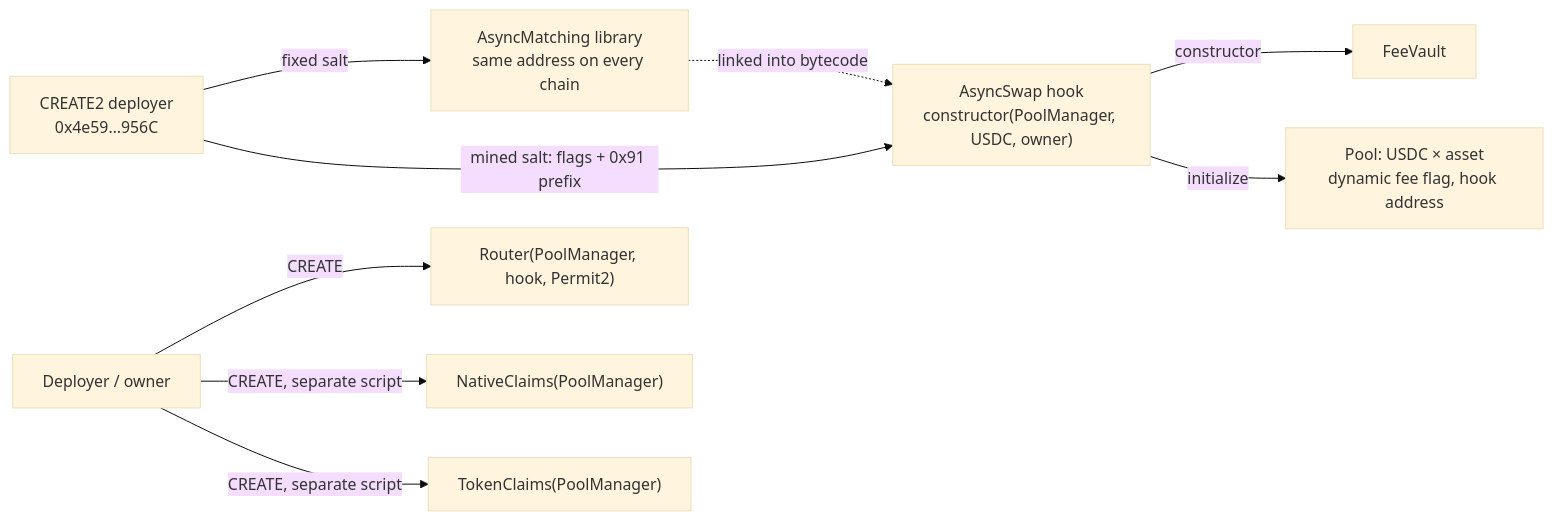
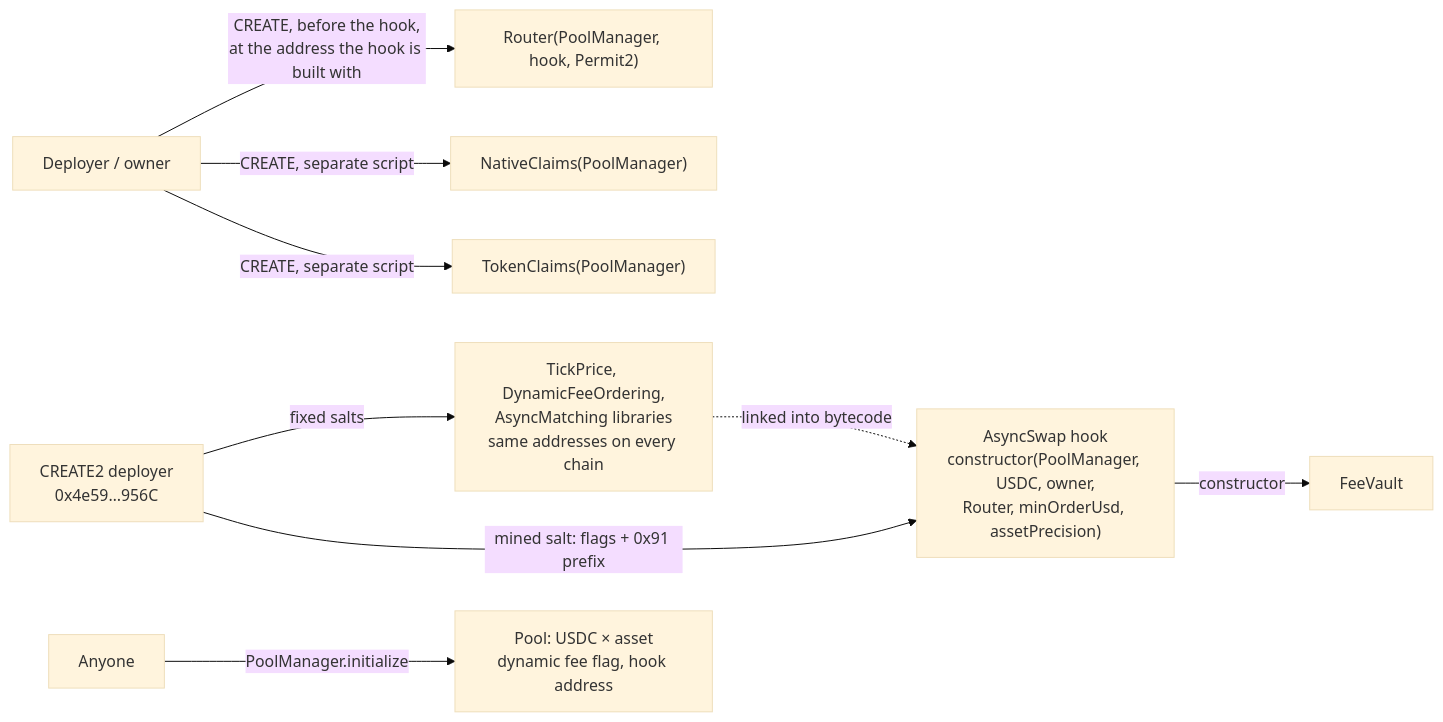
One commit to asyncswap/contracts changed the fifth of 5 diagrams in docs/protocol.md. Above: the diagram before and after it, drawn with Mermaid (base theme). The commit also changed other lines of this file and 43 other files, not shown here.

````diff
--- a/docs/protocol.md
+++ b/docs/protocol.md
@@ -261,11 +304,11 @@
 ```mermaid
 flowchart LR
-    D["CREATE2 deployer<br/>0x4e59…956C"] -->|fixed salt| Lib["AsyncMatching library<br/>same address on every chain"]
-    D -->|mined salt: flags + 0x91 prefix| Hook["AsyncSwap hook<br/>constructor(PoolManager, USDC, owner)"]
+    D["CREATE2 deployer<br/>0x4e59…956C"] -->|fixed salts| Lib["TickPrice, DynamicFeeOrdering,<br/>AsyncMatching libraries<br/>same addresses on every chain"]
+    D -->|mined salt: flags + 0x91 prefix| Hook["AsyncSwap hook<br/>constructor(PoolManager, USDC, owner,<br/>Router, minOrderUsd, assetPrecision)"]
     Hook -->|constructor| Vault["FeeVault"]
-    Owner["Deployer / owner"] -->|CREATE| Router["Router(PoolManager, hook, Permit2)"]
+    Owner["Deployer / owner"] -->|CREATE, before the hook,<br/>at the address the hook is built with| Router["Router(PoolManager, hook, Permit2)"]
     Lib -.->|linked into bytecode| Hook
     Owner -->|CREATE, separate script| NC["NativeClaims(PoolManager)"]
     Owner -->|CREATE, separate script| TC["TokenClaims(PoolManager)"]
-    Hook -->|initialize| Pool["Pool: USDC × asset<br/>dynamic fee flag, hook address"]
+    Anyone["Anyone"] -->|PoolManager.initialize| Pool["Pool: USDC × asset<br/>dynamic fee flag, hook address"]
 ```
````
